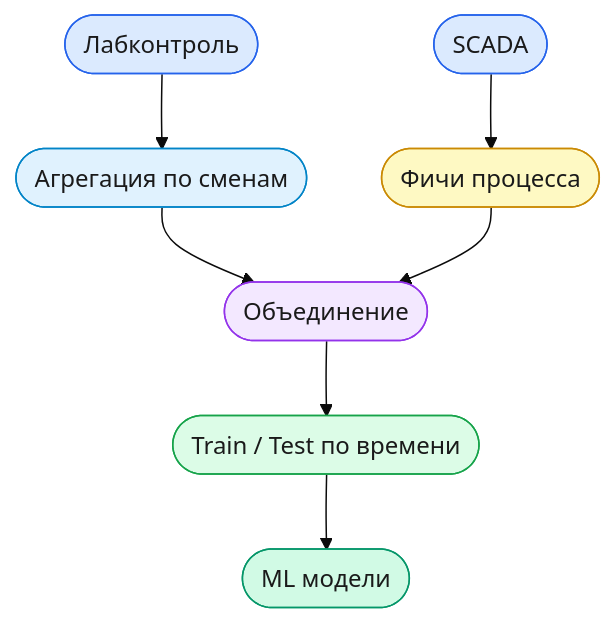
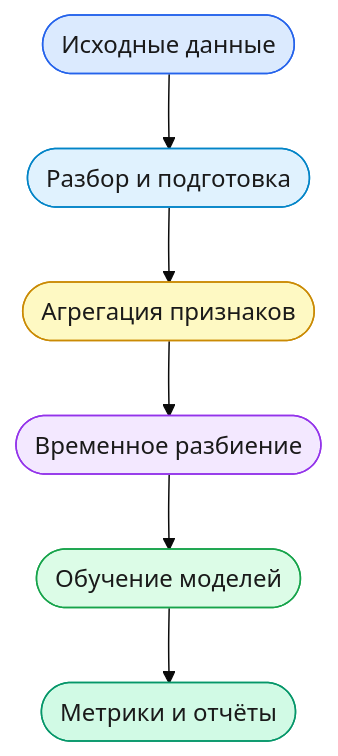
The first of 2 diagrams in README.md (Misha-42/soda-ml-carbonation-control), drawn with Mermaid (base theme) before and after one commit. The commit also changed other lines of this file, not shown here.

````diff
--- a/README.md
+++ b/README.md
@@ -129,17 +146,15 @@
 ```mermaid
 flowchart TD
-    A([Лабконтроль]) --> B([Агрегация по сменам])
-    C([SCADA]) --> D([Фичи процесса])
-    B --> E([Объединение])
-    D --> E
-    E --> F([Train / Test по времени])
-    F --> G([ML модели])
+    A([Исходные данные]) --> B([Разбор и подготовка])
+    B --> C([Агрегация признаков])
+    C --> D([Временное разбиение])
+    D --> E([Обучение моделей])
+    E --> F([Метрики и отчёты])
 
     style A fill:#dbeafe,stroke:#2563eb,color:#1a1a1a
     style B fill:#e0f2fe,stroke:#0284c7,color:#1a1a1a
-    style C fill:#dbeafe,stroke:#2563eb,color:#1a1a1a
-    style D fill:#fef9c3,stroke:#ca8a04,color:#1a1a1a
-    style E fill:#f3e8ff,stroke:#9333ea,color:#1a1a1a
-    style F fill:#dcfce7,stroke:#16a34a,color:#1a1a1a
-    style G fill:#d1fae5,stroke:#059669,color:#1a1a1a
+    style C fill:#fef9c3,stroke:#ca8a04,color:#1a1a1a
+    style D fill:#f3e8ff,stroke:#9333ea,color:#1a1a1a
+    style E fill:#dcfce7,stroke:#16a34a,color:#1a1a1a
+    style F fill:#d1fae5,stroke:#059669,color:#1a1a1a
 ```
````
